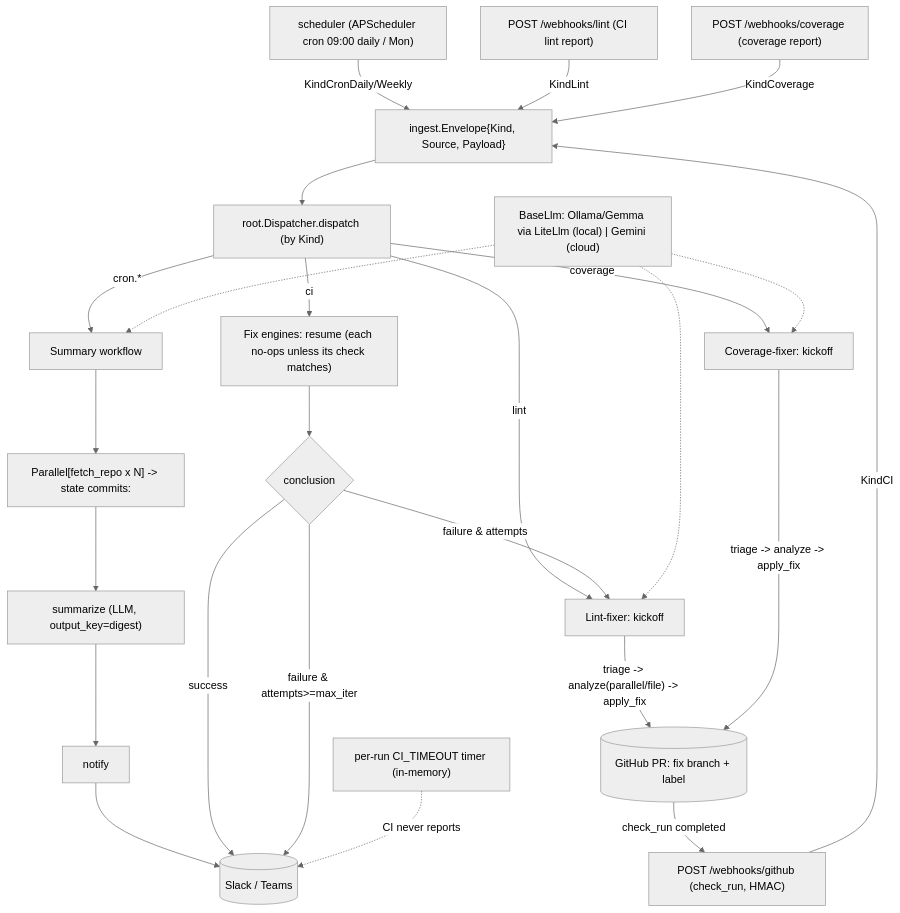
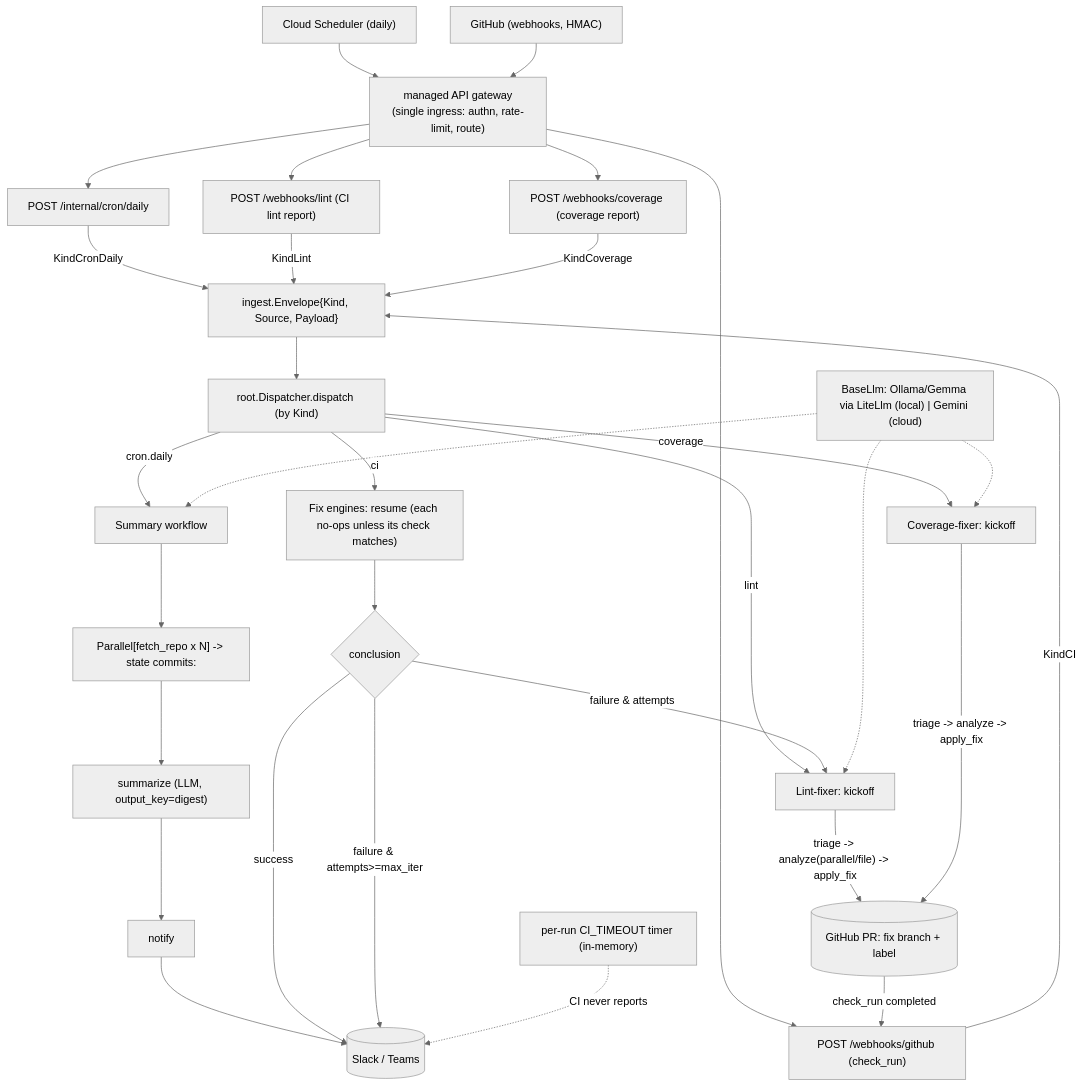
One commit to jkjamies/automation-agent changed the diagram in python/AGENTS.md. Above: the diagram before and after it, drawn with Mermaid (neutral theme). The commit also changed other lines of this file and 98 other files, not shown here.

First line of the commit message:
Drop in-process cron + weekly digest; Cloud Scheduler is the sole trigger (#7)

````diff
--- a/python/AGENTS.md
+++ b/python/AGENTS.md
@@ -9,29 +9,35 @@
 ```mermaid
 flowchart TD
-    Cron["scheduler (APScheduler cron 09:00 daily / Mon)"] -->|"KindCronDaily/Weekly"| Env["ingest.Envelope{Kind, Source, Payload}"]
-    WLint["POST /webhooks/lint (CI lint report)"] -->|KindLint| Env
-    WCov["POST /webhooks/coverage (coverage report)"] -->|KindCoverage| Env
-    WCI["POST /webhooks/github (check_run, HMAC)"] -->|KindCI| Env
+    CS["Cloud Scheduler (daily)"] --> GW
+    GH["GitHub (webhooks, HMAC)"] --> GW
+    GW["managed API gateway<br/>(single ingress: authn, rate-limit, route)"] --> Cron["POST /internal/cron/daily"]
+    GW --> WLint["POST /webhooks/lint (CI lint report)"]
+    GW --> WCov["POST /webhooks/coverage (coverage report)"]
+    GW --> WCI["POST /webhooks/github (check_run)"]
+    Cron -->|KindCronDaily| Env["ingest.Envelope{Kind, Source, Payload}"]
+    WLint -->|KindLint| Env
+    WCov -->|KindCoverage| Env
+    WCI -->|KindCI| Env
     Env --> Root["root.Dispatcher.dispatch (by Kind)"]
-    Root -->|"cron.*"| Sum["Summary workflow"]
+    Root -->|"cron.daily"| Sum["Summary workflow"]
     Root -->|lint| LFK["Lint-fixer: kickoff"]
     Root -->|coverage| CFK["Coverage-fixer: kickoff"]
     Root -->|ci| LFR["Fix engines: resume (each no-ops unless its check matches)"]
 
     Sum --> Par["Parallel[fetch_repo x N] -> state commits:<repo>"]
     Par --> Smz["summarize (LLM, output_key=digest)"]
     Smz --> Ntf["notify"] --> Chat[("Slack / Teams")]
 
     LFK -->|"triage -> analyze(parallel/file) -> apply_fix"| PR[("GitHub PR: fix branch + label")]
     CFK -->|"triage -> analyze -> apply_fix"| PR
     PR -->|"check_run completed"| WCI
     LFR --> Dec{conclusion}
     Dec -->|success| Chat
     Dec -->|"failure & attempts<max_iter"| LFK
     Dec -->|"failure & attempts>=max_iter"| Chat
     TO["per-run CI_TIMEOUT timer (in-memory)"] -.->|"CI never reports"| Chat
 
     Models["BaseLlm: Ollama/Gemma via LiteLlm (local) | Gemini (cloud)"] -.-> Sum
     Models -.-> LFK
     Models -.-> CFK
 ```
````
